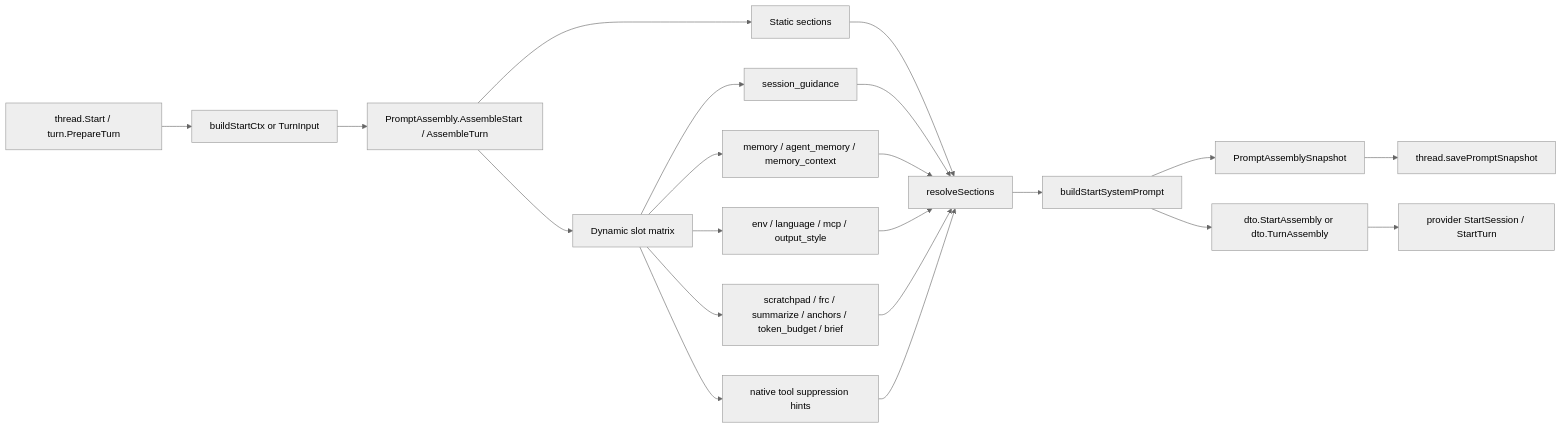
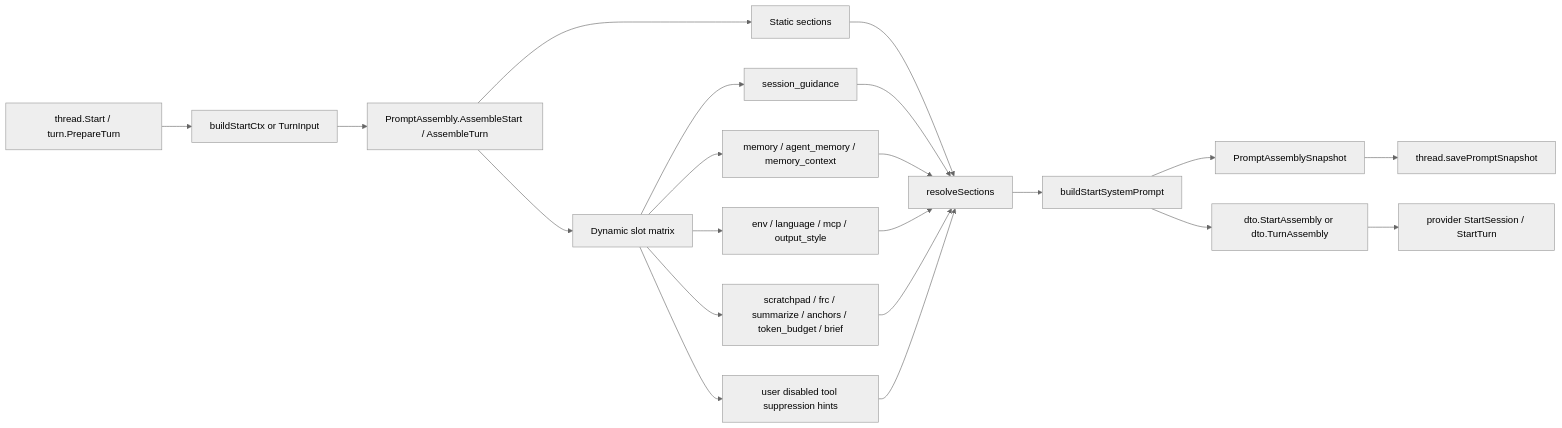
The first of 3 diagrams in docs/doc/codemap/11-prompt-thread.md (lihah111222333-cloud/Super-Dolphin-Agent-Cockpit), drawn with Mermaid (neutral theme) before and after one commit. The commit also changed other lines of this file and 138 other files, not shown here.

````diff
--- a/docs/doc/codemap/11-prompt-thread.md
+++ b/docs/doc/codemap/11-prompt-thread.md
@@ -1209,23 +1211,23 @@
 ```mermaid
 flowchart LR
   A[thread.Start / turn.PrepareTurn] --> B[buildStartCtx or TurnInput]
   B --> C[PromptAssembly.AssembleStart / AssembleTurn]
   C --> D[Static sections]
   C --> E[Dynamic slot matrix]
   E --> E1[session_guidance]
   E --> E2[memory / agent_memory / memory_context]
   E --> E3[env / language / mcp / output_style]
   E --> E4[scratchpad / frc / summarize / anchors / token_budget / brief]
-  E --> E5[native tool suppression hints]
+  E --> E5[user disabled tool suppression hints]
   D --> F[resolveSections]
   E1 --> F
   E2 --> F
   E3 --> F
   E4 --> F
   E5 --> F
   F --> G[buildStartSystemPrompt]
   G --> H[PromptAssemblySnapshot]
   H --> I[thread.savePromptSnapshot]
   G --> J[dto.StartAssembly or dto.TurnAssembly]
   J --> K[provider StartSession / StartTurn]
 ```
````
